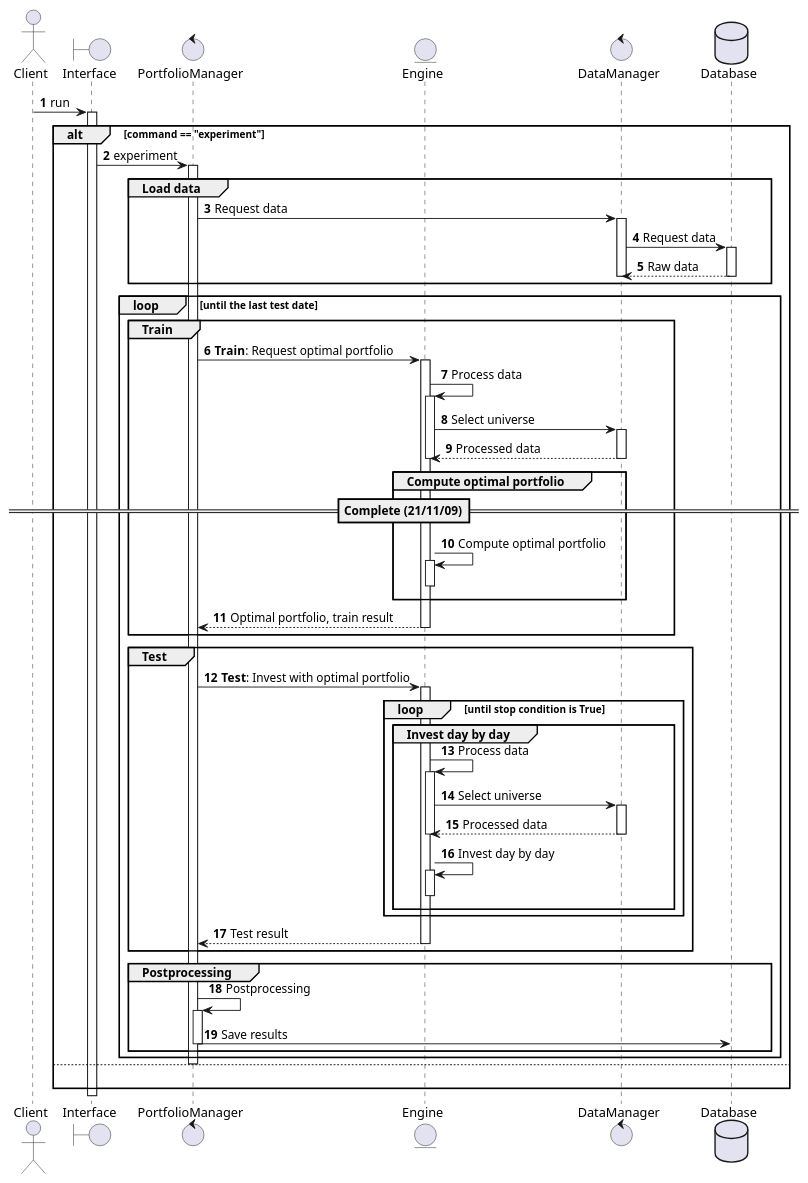
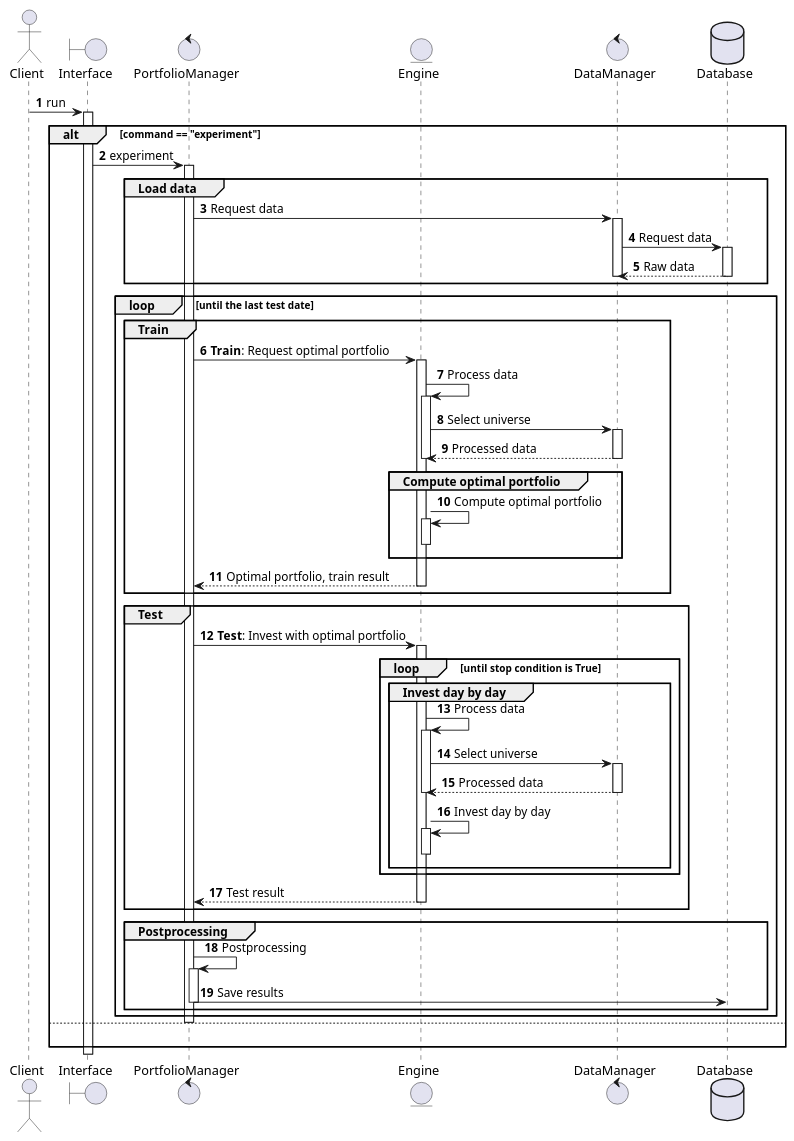
The diagram in algorithm/full_process.puml (alchemine/enhanced-index-tracking), drawn with PlantUML before and after one commit. The commit also changed 1 other file, not shown here.

Commit message:
Update: Sequence diagram

```diff
--- a/algorithm/full_process.puml
+++ b/algorithm/full_process.puml
@@ -1,64 +1,64 @@
 @startuml
 autonumber
 
 actor Client as C
 boundary Interface as I
 control PortfolioManager as PM
 entity Engine as E
 control DataManager as DM
 database Database as DB
 
 
 C -> I ++: run
     alt command == "experiment"
         I -> PM ++: experiment
             group Load data
                 PM -> DM ++: Request data
                     DM -> DB ++: Request data
                         return Raw data
                     deactivate
             end
 
             loop until the last test date
                 group Train
                     PM -> E ++: **Train**: Request optimal portfolio
                         E -> E ++: Process data
                             E -> DM ++: Select universe
                                 return Processed data
                         deactivate E
 
                         group Compute optimal portfolio
-                                ==Complete (21/11/09)==
+'                                ==Complete (21/11/09)==
                             E -> E ++: Compute optimal portfolio
                             deactivate
                         end
                         return Optimal portfolio, train result
                 end
 
                 group Test
                     PM -> E ++: **Test**: Invest with optimal portfolio
                         loop until stop condition is True
                             group Invest day by day
                                 E -> E ++: Process data
                                     E -> DM ++: Select universe
                                         return Processed data
                                 deactivate E
 
                                 E -> E ++: Invest day by day
                                 deactivate
                             end
                         end
                         return Test result
                 end
 
                 group Postprocessing
                     PM -> PM ++: Postprocessing
                         PM -> DB: Save results
                     deactivate
                 end
             end
         deactivate
     else
         |||
     end
 @enduml
```
